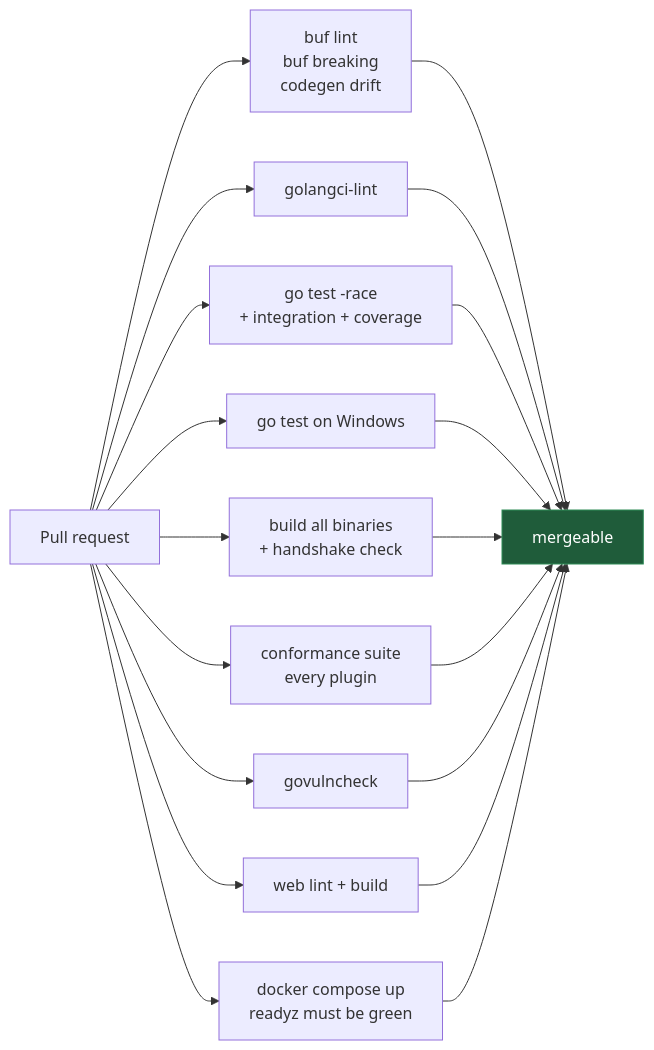
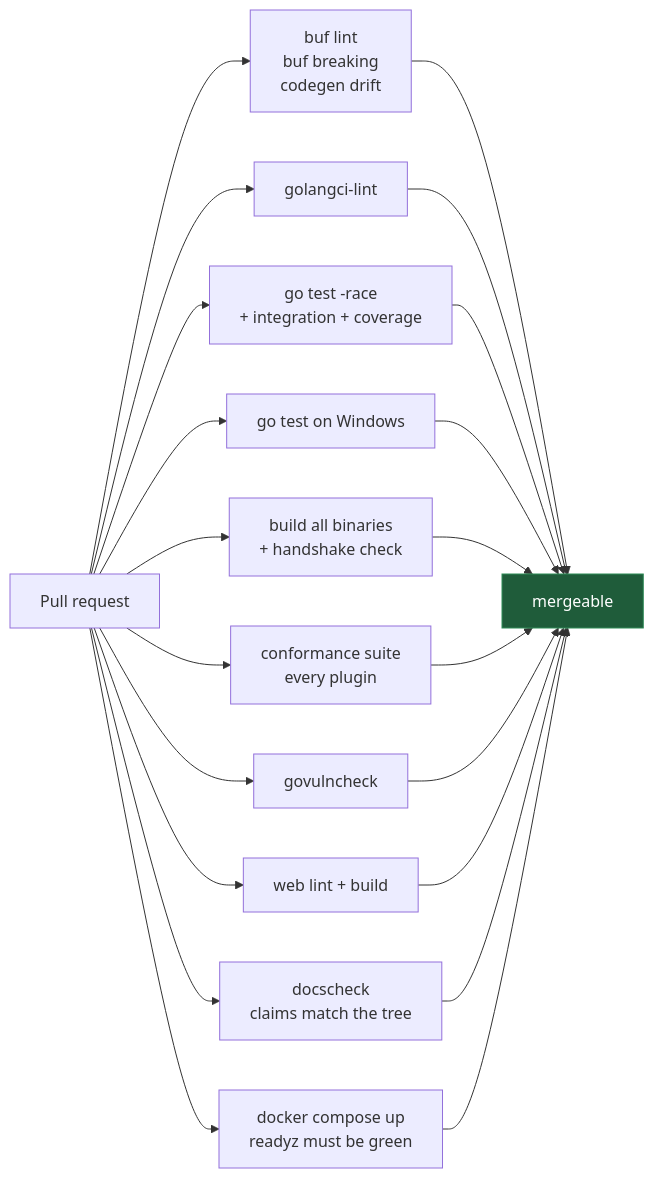
Before and after one commit to danmorcov88/Fleetward: the second of 2 diagrams in README.md, drawn with Mermaid. The commit also changed 15 other files, not shown here.

First line of the commit message:
feat(docscheck): check documentation claims against the tree (#55)

````diff
--- a/README.md
+++ b/README.md
@@ -304,15 +304,16 @@
 ```mermaid
 flowchart LR
     PR["Pull request"] --> P["buf lint<br/>buf breaking<br/>codegen drift"]
     PR --> L["golangci-lint"]
     PR --> T["go test -race<br/>+ integration + coverage"]
     PR --> TW["go test on Windows"]
     PR --> B["build all binaries<br/>+ handshake check"]
     PR --> C["conformance suite<br/>every plugin"]
     PR --> V["govulncheck"]
     PR --> W["web lint + build"]
+    PR --> DC["docscheck<br/>claims match the tree"]
     PR --> D["docker compose up<br/>readyz must be green"]
-    P & L & T & TW & B & C & V & W & D --> M["mergeable"]
+    P & L & T & TW & B & C & V & W & DC & D --> M["mergeable"]
 
     style M fill:#1f5c3a,stroke:#2e8b57,color:#fff
 ```
````
